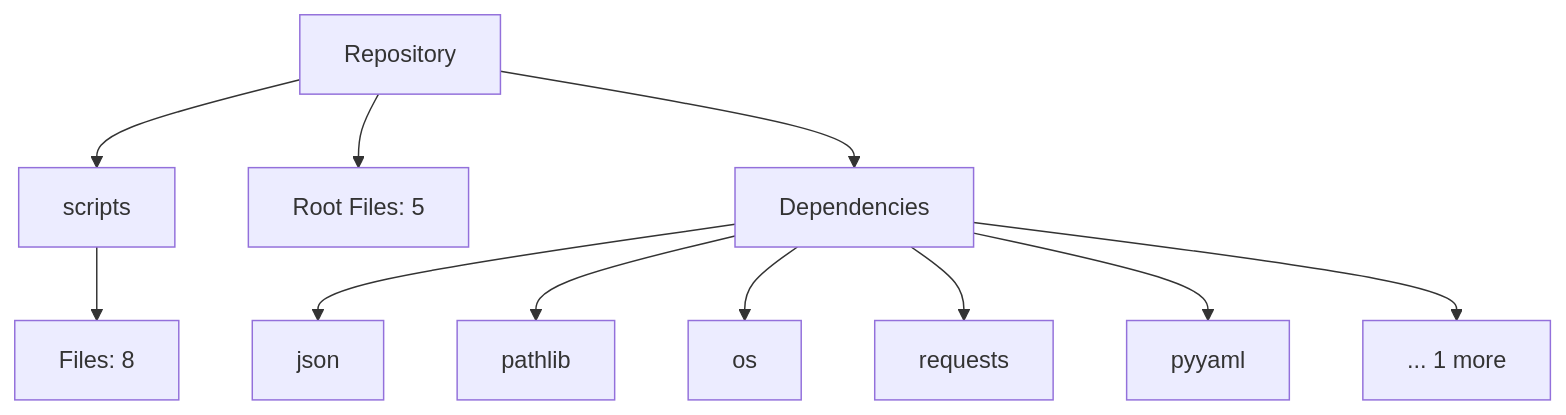
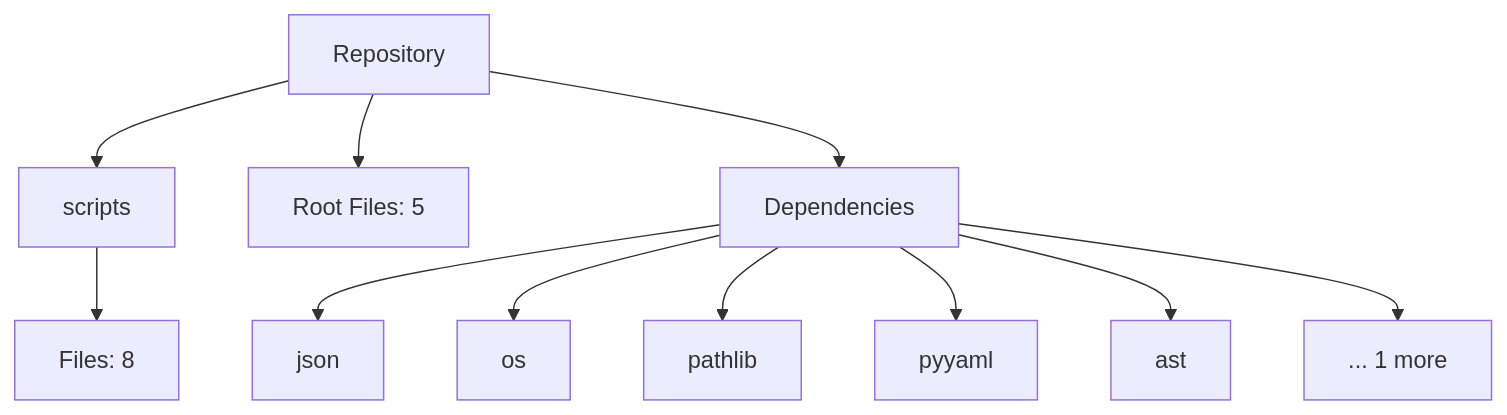
One commit to NITISH-R-G/Smart-Task-Tracker-macOS-Dark-Edition- changed the diagram in README.md. Above: the diagram before and after it, drawn with Mermaid. The commit also changed 4 other files, not shown here.

Commit message:
docs(auto): Automatically update repository architecture and README

````diff
--- a/README.md
+++ b/README.md
@@ -17,15 +17,15 @@
 ```mermaid
 graph TD
     Root[Repository]
     Root --> scripts[scripts]
     scripts --> scripts_files[Files: 8]
     Root --> Root_files[Root Files: 5]
     Root --> Deps[Dependencies]
     Deps --> json[json]
+    Deps --> os[os]
     Deps --> pathlib[pathlib]
-    Deps --> os[os]
-    Deps --> requests[requests]
     Deps --> pyyaml[pyyaml]
+    Deps --> ast[ast]
     Deps --> MoreDeps[... 1 more]
 
 ```
````
